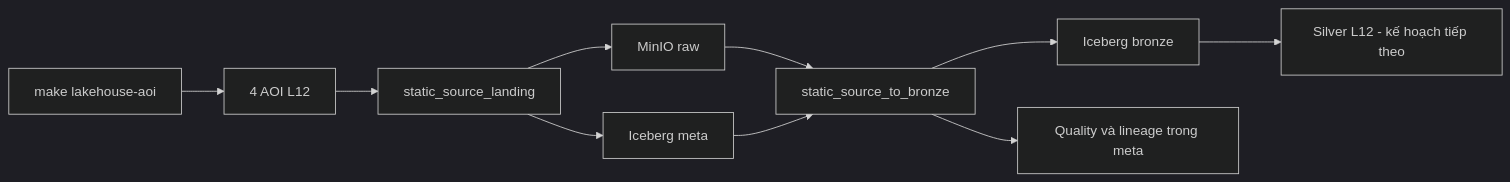
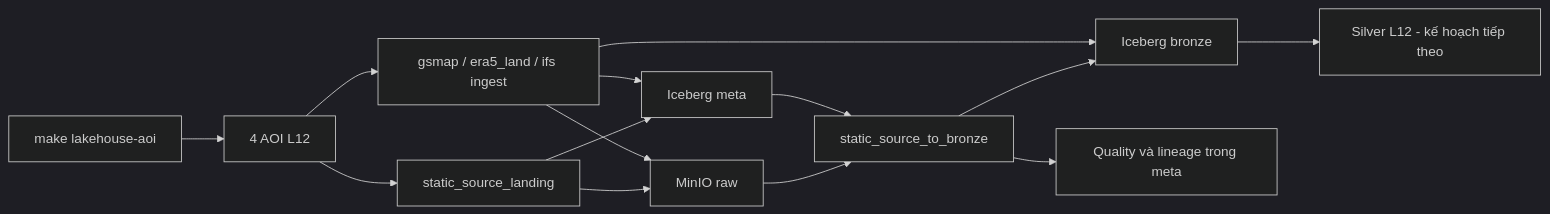
Before and after one commit to cloud-vmih/flood-lake-kg: the first of 2 diagrams in README.md, drawn with Mermaid (dark theme). The commit also changed other lines of this file and 43 other files, not shown here.

````diff
--- a/README.md
+++ b/README.md
@@ -8,12 +9,16 @@
 ```mermaid
 flowchart LR
     A[make lakehouse-aoi] --> B[4 AOI L12]
     B --> C[static_source_landing]
     C --> D[MinIO raw]
     C --> E[Iceberg meta]
     D --> F[static_source_to_bronze]
     E --> F
     F --> G[Iceberg bronze]
     F --> H[Quality và lineage trong meta]
     G --> I[Silver L12 - kế hoạch tiếp theo]
+    B --> W[gsmap / era5_land / ifs ingest]
+    W --> D
+    W --> E
+    W --> G
 ```
````
